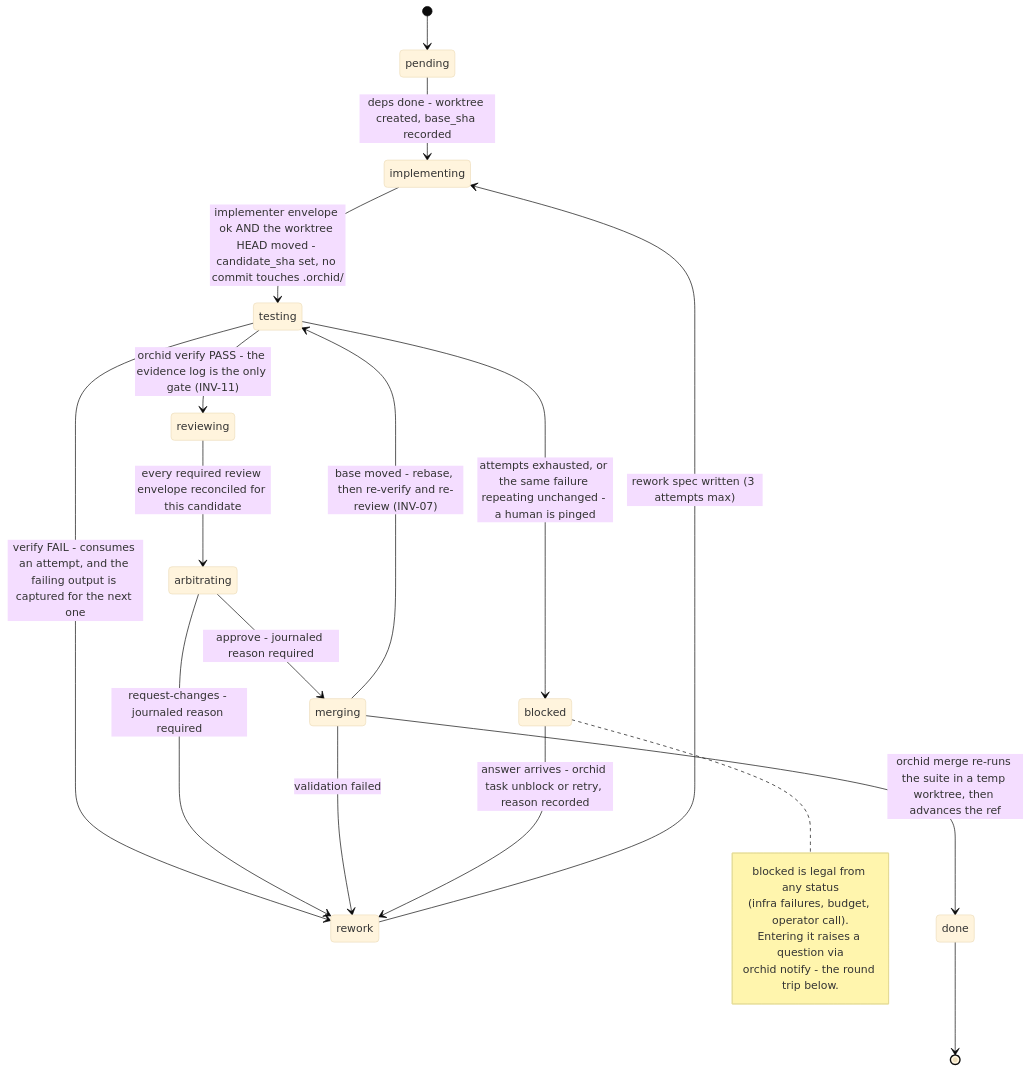
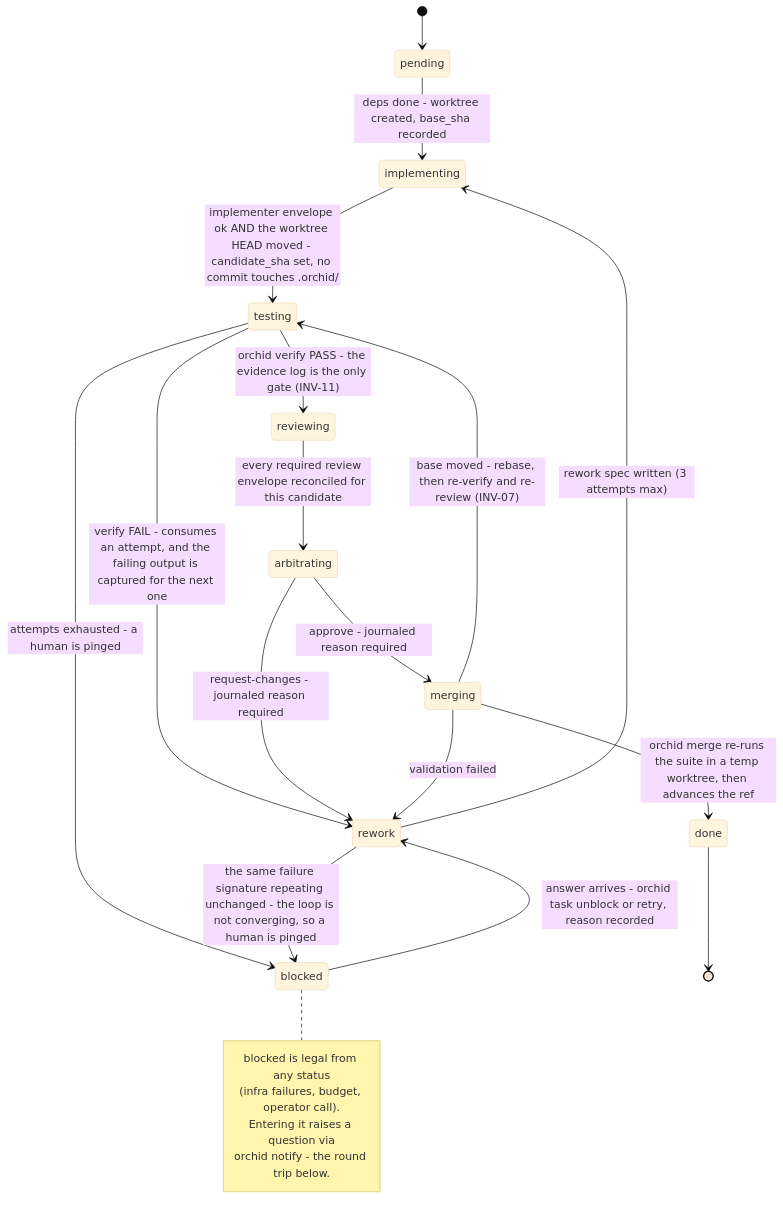
The second of 3 diagrams in README.md (bilal-/orchid), drawn with Mermaid (base theme) before and after one commit. The commit also changed 6 other files, not shown here.

````diff
--- a/README.md
+++ b/README.md
@@ -185,24 +185,25 @@
 ```mermaid
 stateDiagram-v2
     [*] --> pending
     pending --> implementing: deps done - worktree created, base_sha recorded
     implementing --> testing: implementer envelope ok AND the worktree HEAD moved - candidate_sha set, no commit touches .orchid/
     testing --> reviewing: orchid verify PASS - the evidence log is the only gate (INV-11)
     testing --> rework: verify FAIL - consumes an attempt, and the failing output is captured for the next one
     reviewing --> arbitrating: every required review envelope reconciled for this candidate
     arbitrating --> merging: approve - journaled reason required
     arbitrating --> rework: request-changes - journaled reason required
     merging --> done: orchid merge re-runs the suite in a temp worktree, then advances the ref
     merging --> rework: validation failed
     merging --> testing: base moved - rebase, then re-verify and re-review (INV-07)
     rework --> implementing: rework spec written (3 attempts max)
-    testing --> blocked: attempts exhausted, or the same failure repeating unchanged - a human is pinged
+    testing --> blocked: attempts exhausted - a human is pinged
+    rework --> blocked: the same failure signature repeating unchanged - the loop is not converging, so a human is pinged
     blocked --> rework: answer arrives - orchid task unblock or retry, reason recorded
     done --> [*]
     note right of blocked
         blocked is legal from any status
         (infra failures, budget, operator call).
         Entering it raises a question via
         orchid notify - the round trip below.
     end note
 ```
````
